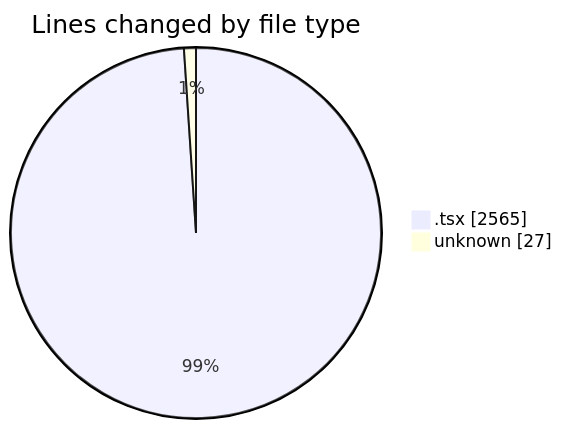
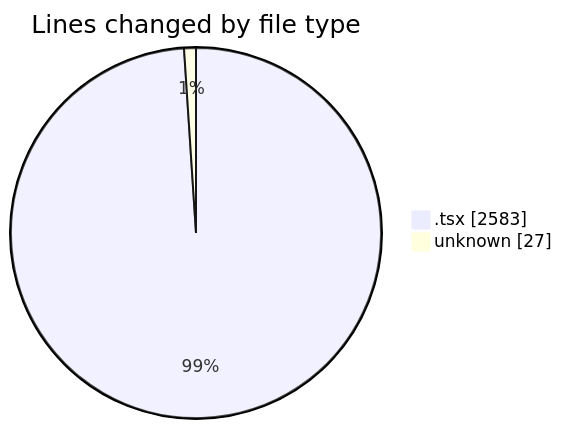
Before and after one commit to JenPaints/code-tracking: the first of 2 diagrams in 2025-05-29/kimberly-groups/README.md, drawn with Mermaid. The commit also changed other lines of this file and 1 other file, not shown here.

````diff
--- a/2025-05-29/kimberly-groups/README.md
+++ b/2025-05-29/kimberly-groups/README.md
@@ -28,6 +28,6 @@
 ```mermaid
 pie showData
 title Lines changed by file type
-".tsx" : 2565
+".tsx" : 2583
 "unknown" : 27
 ```
````
